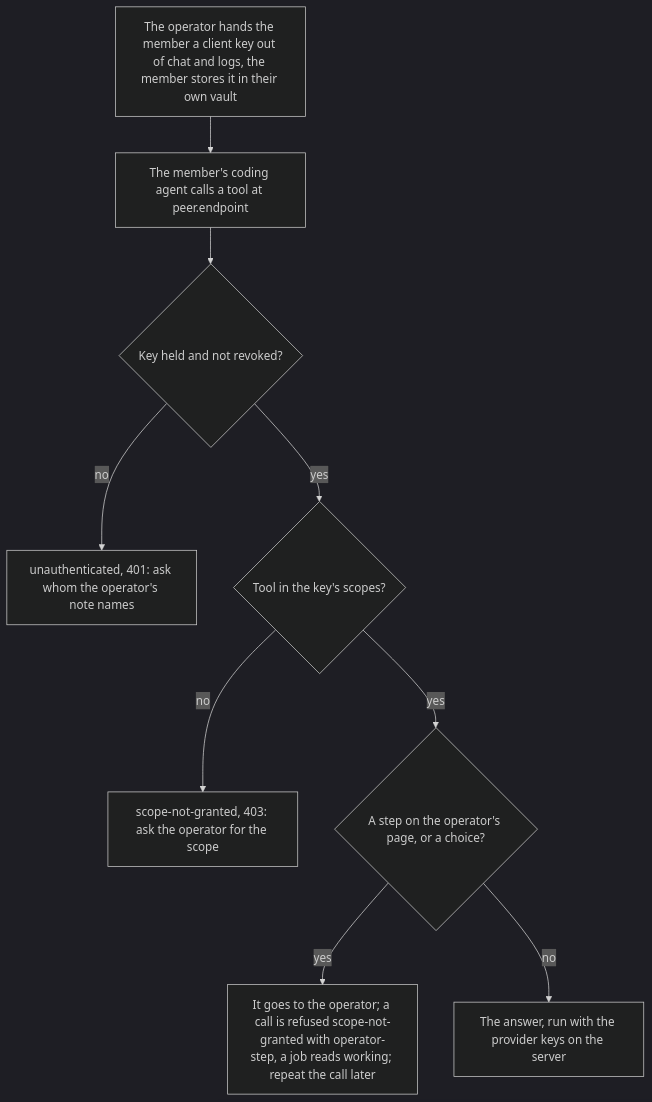
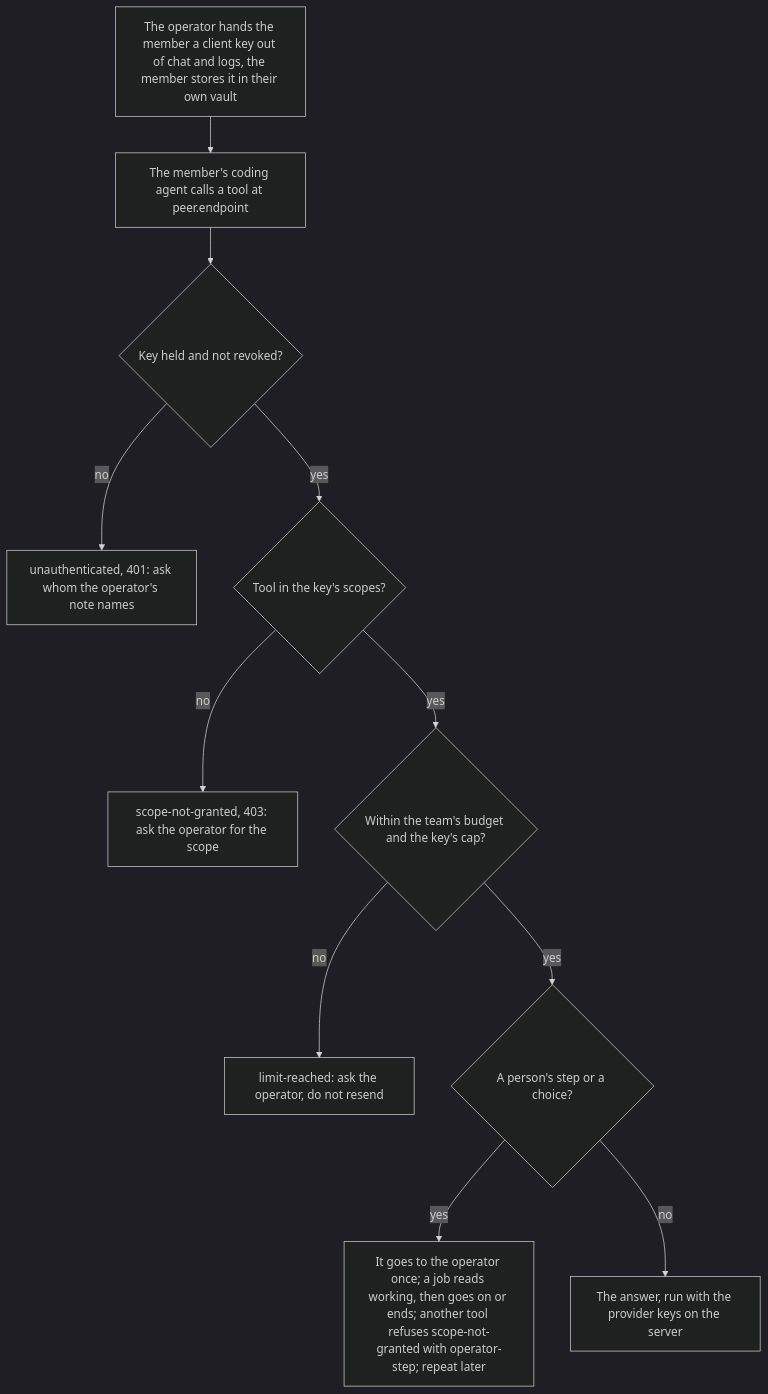
Diagram 35 of 35 in docs/ux/flows.md (passioncode-ai/fabric-agent-contract), drawn with Mermaid (dark theme) before and after one commit. The commit also changed other lines of this file and 14 other files, not shown here.

First line of the commit message:
DEC-0159 round 7 folded: a client-key caller is handed no person's step and no choice

````diff
--- a/docs/ux/flows.md
+++ b/docs/ux/flows.md
@@ -941,11 +941,13 @@
 ```mermaid
 flowchart TD
   K[The operator hands the member a client key out of chat and logs, the member stores it in their own vault] --> C[The member's coding agent calls a tool at peer.endpoint]
   C --> H{Key held and not revoked?}
   H -->|no| U[unauthenticated, 401: ask whom the operator's note names]
   H -->|yes| S{Tool in the key's scopes?}
   S -->|no| G[scope-not-granted, 403: ask the operator for the scope]
-  S -->|yes| O{A step on the operator's page, or a choice?}
-  O -->|yes| R[It goes to the operator; a call is refused scope-not-granted with operator-step, a job reads working; repeat the call later]
+  S -->|yes| L{Within the team's budget and the key's cap?}
+  L -->|no| M[limit-reached: ask the operator, do not resend]
+  L -->|yes| O{A person's step or a choice?}
+  O -->|yes| R[It goes to the operator once; a job reads working, then goes on or ends; another tool refuses scope-not-granted with operator-step; repeat later]
   O -->|no| A[The answer, run with the provider keys on the server]
 ```
````
